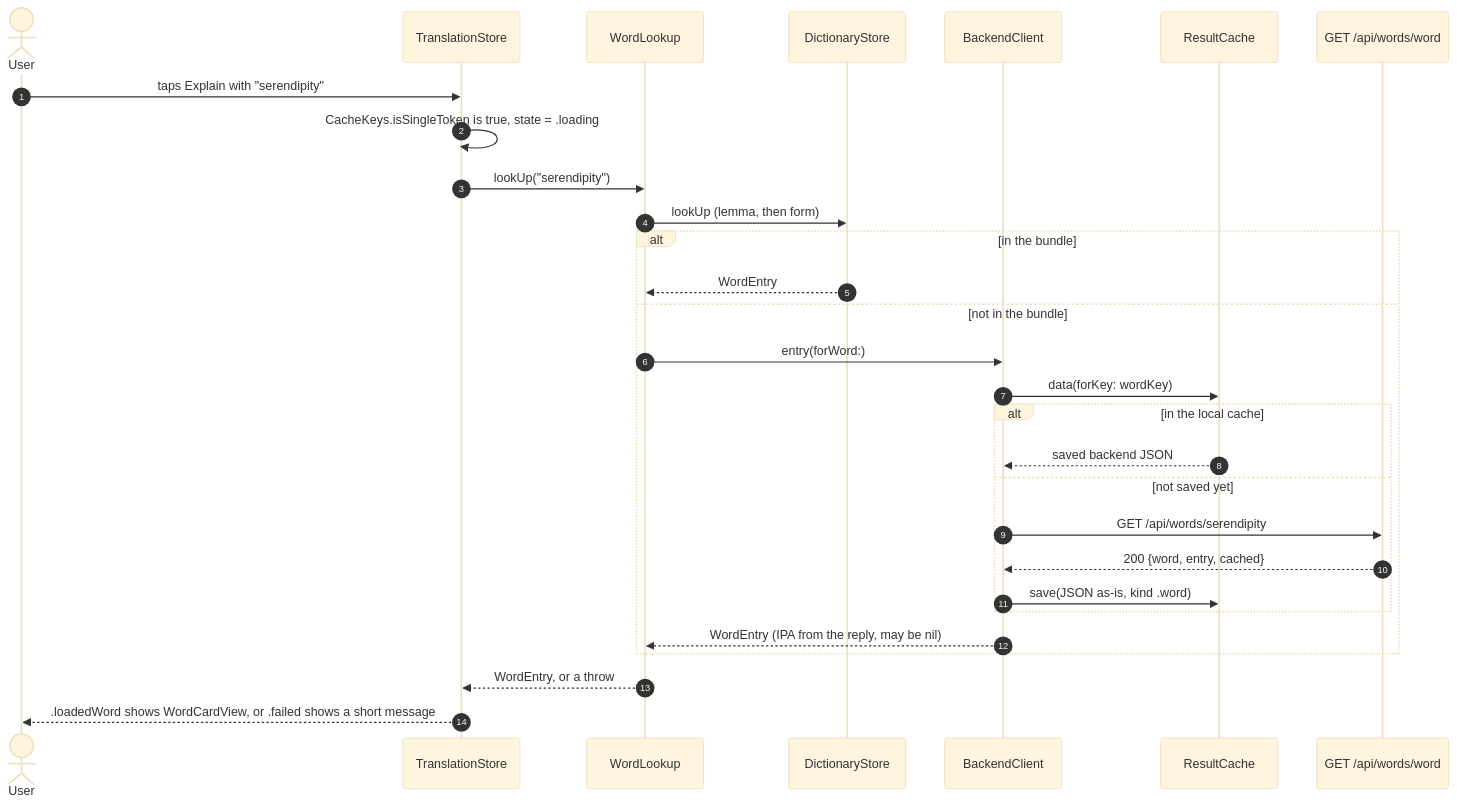
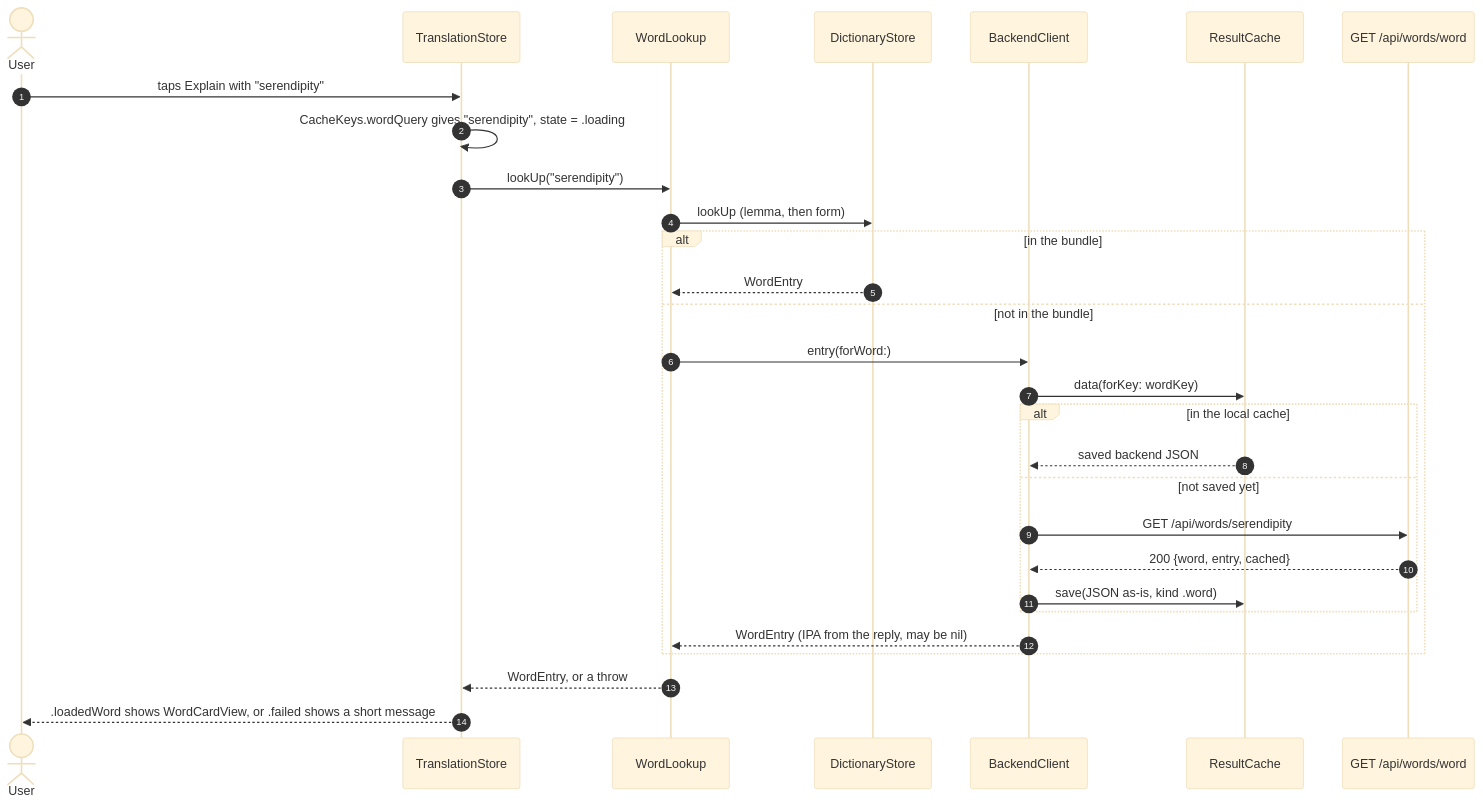
The third of 4 diagrams in backlog/docs/features/doc-5 - Word-lookup.md (tranphuocloc070699/saynata), drawn with Mermaid (base theme) before and after one commit. The commit also changed other lines of this file and 5 other files, not shown here.

````diff
--- a/backlog/docs/features/doc-5 - Word-lookup.md
+++ b/backlog/docs/features/doc-5 - Word-lookup.md
@@ -125,32 +125,32 @@
 ```mermaid
 sequenceDiagram
     autonumber
     actor U as User
     participant ST as TranslationStore
     participant WL as WordLookup
     participant DS as DictionaryStore
     participant BC as BackendClient
     participant RC as ResultCache
     participant API as GET /api/words/word
 
     U->>ST: taps Explain with "serendipity"
-    ST->>ST: CacheKeys.isSingleToken is true, state = .loading
+    ST->>ST: CacheKeys.wordQuery gives "serendipity", state = .loading
     ST->>WL: lookUp("serendipity")
     WL->>DS: lookUp (lemma, then form)
     alt in the bundle
         DS-->>WL: WordEntry
     else not in the bundle
         WL->>BC: entry(forWord:)
         BC->>RC: data(forKey: wordKey)
         alt in the local cache
             RC-->>BC: saved backend JSON
         else not saved yet
             BC->>API: GET /api/words/serendipity
             API-->>BC: 200 {word, entry, cached}
             BC->>RC: save(JSON as-is, kind .word)
         end
         BC-->>WL: WordEntry (IPA from the reply, may be nil)
     end
     WL-->>ST: WordEntry, or a throw
     ST-->>U: .loadedWord shows WordCardView, or .failed shows a short message
 ```
````
